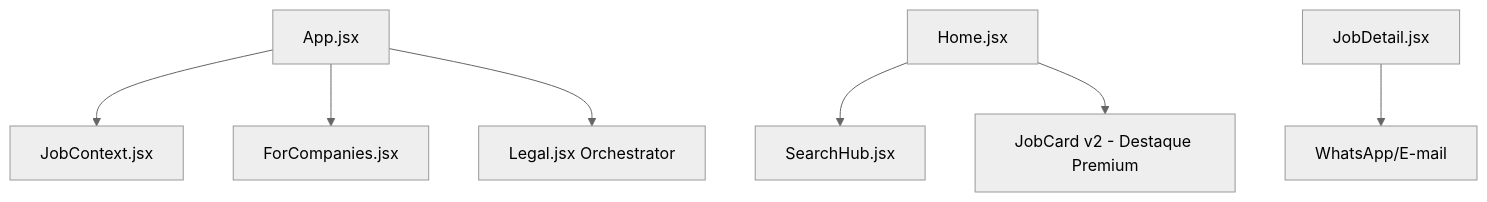
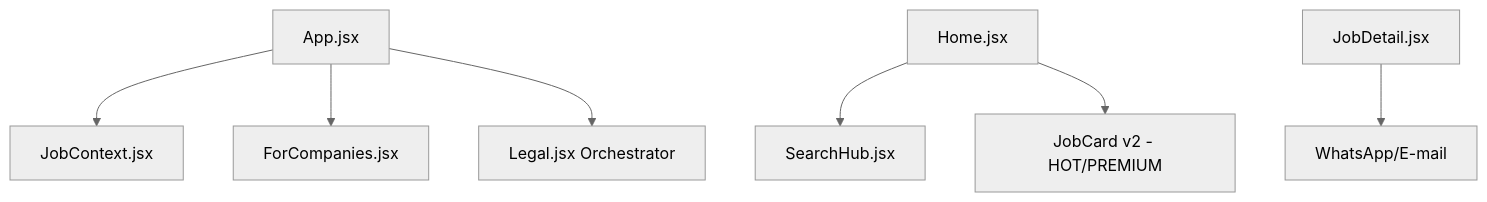
Before and after one commit to lukaslimna1/TrampoFacil: the diagram in README.md, drawn with Mermaid (neutral theme). The commit also changed other lines of this file and 4 other files, not shown here.

Commit message:
feat: synchronize HOT and PREMIUM terminology across the platform and update README

````diff
--- a/README.md
+++ b/README.md
@@ -73,9 +73,9 @@
 ```mermaid
 graph TD
     App[App.jsx] --> Context[JobContext.jsx]
     App --> ForCompanies[ForCompanies.jsx]
     App --> Legal[Legal.jsx Orchestrator]
     Home[Home.jsx] --> Search[SearchHub.jsx]
-    Home --> Cards[JobCard v2 - Destaque Premium]
+    Home --> Cards[JobCard v2 - HOT/PREMIUM]
     Detail[JobDetail.jsx] --> Apply[WhatsApp/E-mail]
 ```
````
